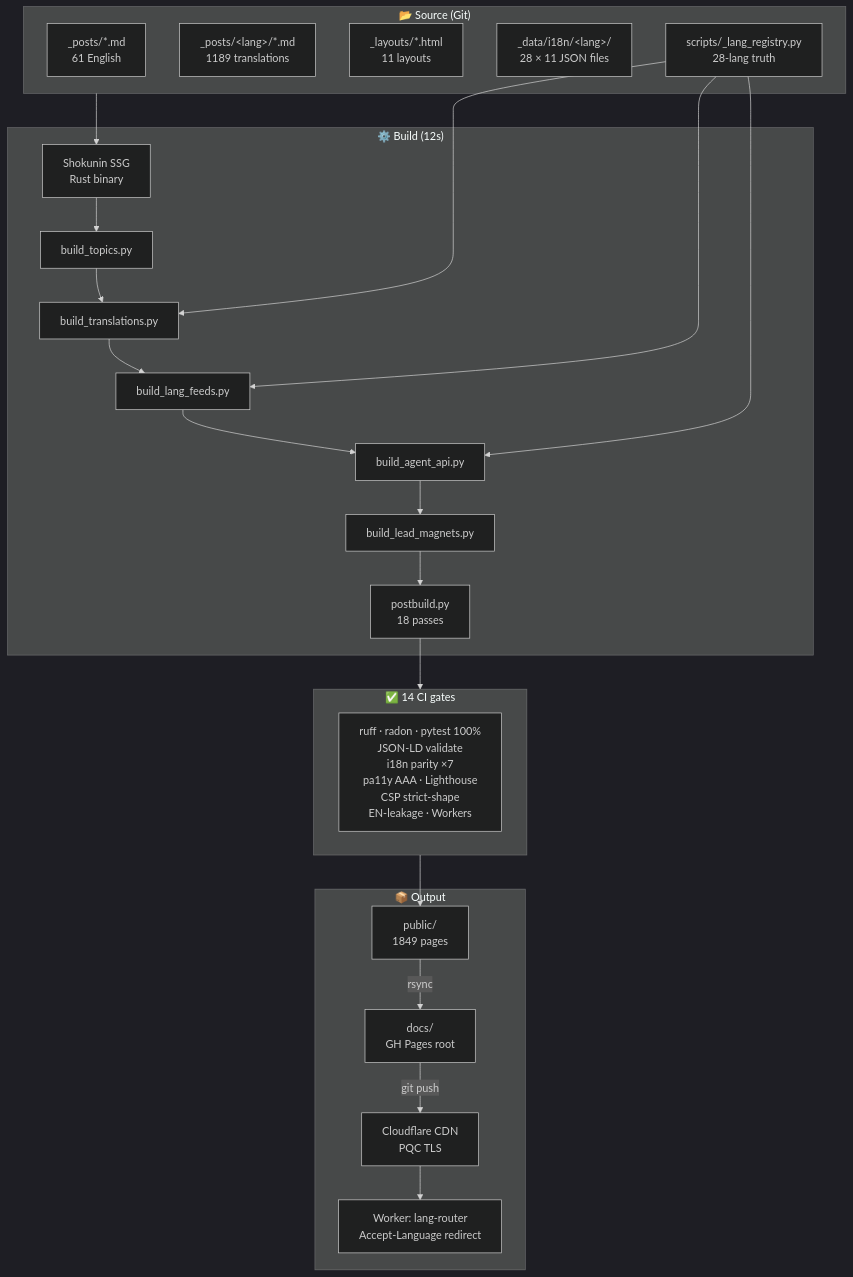
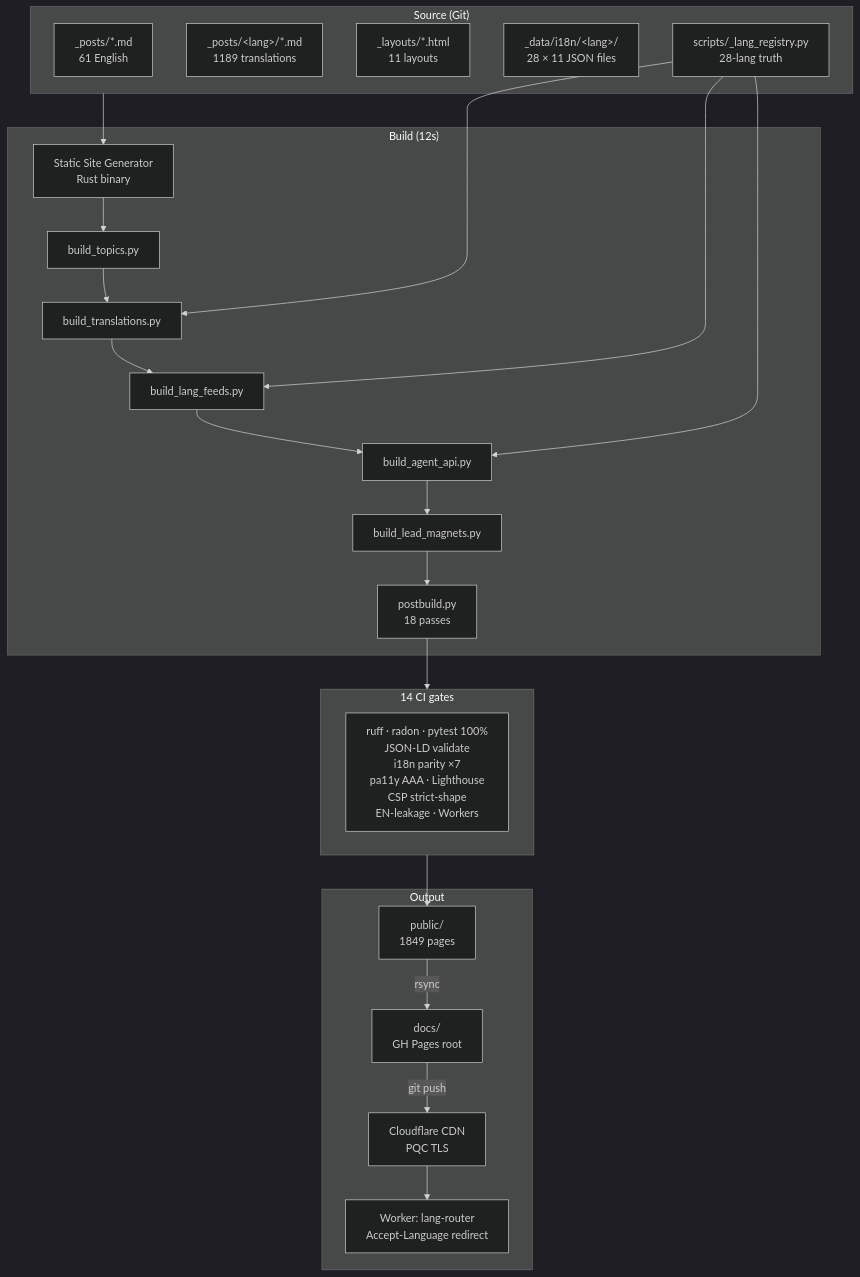
Before and after one commit to sebastienrousseau/sebastienrousseau.github.io: the first of 4 diagrams in doc/ARCHITECTURE.md, drawn with Mermaid (dark theme). The commit also changed other lines of this file and 6 other files, not shown here.

First line of the commit message:
docs: rename Shokunin → Static Site Generator + strip emoji from Mermaid diagrams

````diff
--- a/doc/ARCHITECTURE.md
+++ b/doc/ARCHITECTURE.md
@@ -21,42 +21,42 @@
 ```mermaid
 flowchart TB
-    subgraph Source["📂 Source (Git)"]
+    subgraph Source["Source (Git)"]
         EN[_posts/*.md<br/>61 English]
         T[_posts/&lt;lang&gt;/*.md<br/>1189 translations]
         L[_layouts/*.html<br/>11 layouts]
         D[_data/i18n/&lt;lang&gt;/<br/>28 × 11 JSON files]
         REG[scripts/_lang_registry.py<br/>28-lang truth]
     end
 
-    subgraph Build["⚙️ Build (12s)"]
-        SSG[Shokunin SSG<br/>Rust binary]
+    subgraph Build["Build (12s)"]
+        SSG[Static Site Generator<br/>Rust binary]
         BT[build_topics.py]
         BR[build_translations.py]
         BF[build_lang_feeds.py]
         BA[build_agent_api.py]
         BL[build_lead_magnets.py]
         PB[postbuild.py<br/>18 passes]
     end
 
-    subgraph Gates["✅ 14 CI gates"]
+    subgraph Gates["14 CI gates"]
         G[ruff · radon · pytest 100%<br/>JSON-LD validate<br/>i18n parity ×7<br/>pa11y AAA · Lighthouse<br/>CSP strict-shape<br/>EN-leakage · Workers]
     end
 
-    subgraph Output["📦 Output"]
+    subgraph Output["Output"]
         P[public/<br/>1849 pages]
         DC[docs/<br/>GH Pages root]
         CF[Cloudflare CDN<br/>PQC TLS]
         WORK[Worker: lang-router<br/>Accept-Language redirect]
     end
 
     Source --> SSG
     SSG --> BT --> BR --> BF --> BA --> BL --> PB
     REG --> BR
     REG --> BF
     REG --> BA
     PB --> Gates
     Gates --> P
     P -->|rsync| DC
     DC -->|git push| CF
     CF --> WORK
 ```
````
